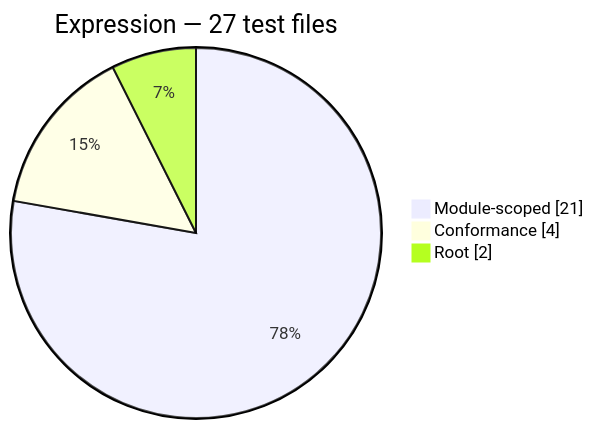
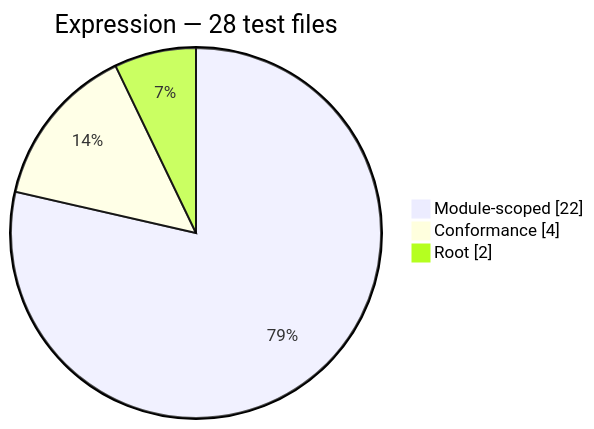
The second of 13 diagrams in docs/generated/test-composition.md (PHP-Arazzo/php-arazzo), drawn with Mermaid before and after one commit. The commit also changed other lines of this file and 30 other files, not shown here.

````diff
--- a/docs/generated/test-composition.md
+++ b/docs/generated/test-composition.md
@@ -30,7 +30,7 @@
 ```mermaid
 pie showData
-    title Expression — 27 test files
-    "Module-scoped": 21
+    title Expression — 28 test files
+    "Module-scoped": 22
     "Conformance": 4
     "Root": 2
 ```
````
